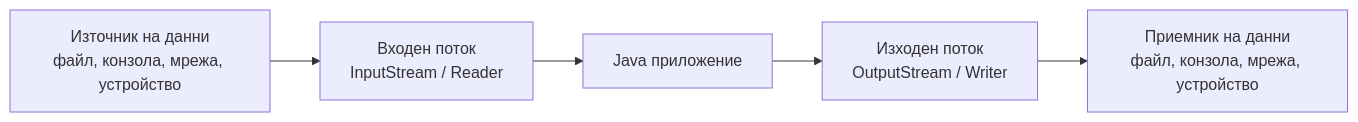
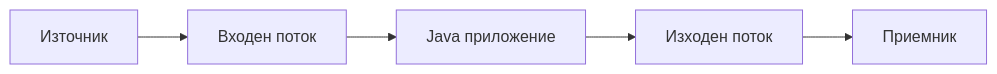
The diagram in docs/BEO/obektno-orientirano-programirane-1-chast/laboratorno-uprazhnenie-11/vhodno-izhodni-operacii-v-java.md (programmingfundamental/courses), drawn with Mermaid before and after one commit. The commit also changed 4 other files, not shown here.

Commit message:
update diagrams

````diff
--- a/docs/BEO/obektno-orientirano-programirane-1-chast/laboratorno-uprazhnenie-11/vhodno-izhodni-operacii-v-java.md
+++ b/docs/BEO/obektno-orientirano-programirane-1-chast/laboratorno-uprazhnenie-11/vhodno-izhodni-operacii-v-java.md
@@ -16,7 +16,7 @@
 ```mermaid
 flowchart LR
-    A["Източник на данни<br/>файл, конзола, мрежа, устройство"] --> B["Входен поток<br/>InputStream / Reader"]
+    A["Източник"] --> B["Входен поток"]
     B --> C["Java приложение"]
-    C --> D["Изходен поток<br/>OutputStream / Writer"]
-    D --> E["Приемник на данни<br/>файл, конзола, мрежа, устройство"]
+    C --> D["Изходен поток"]
+    D --> E["Приемник"]
 ```
````
